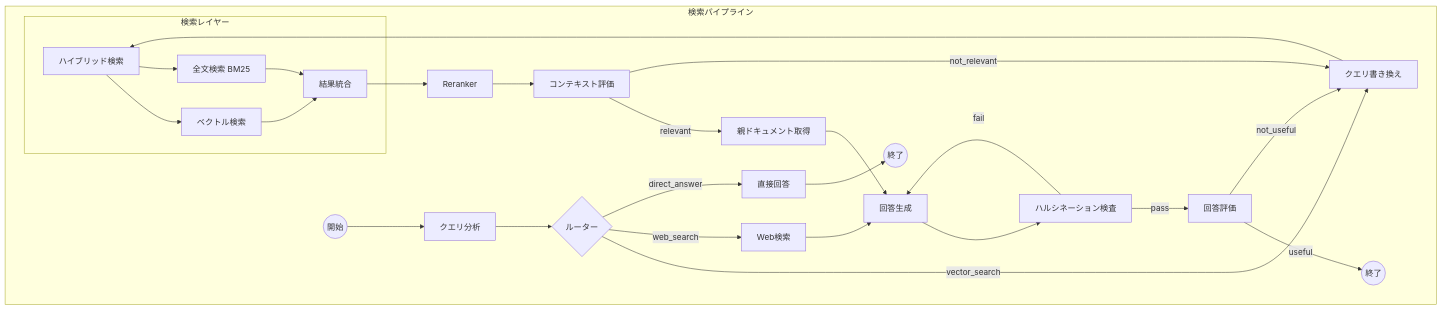
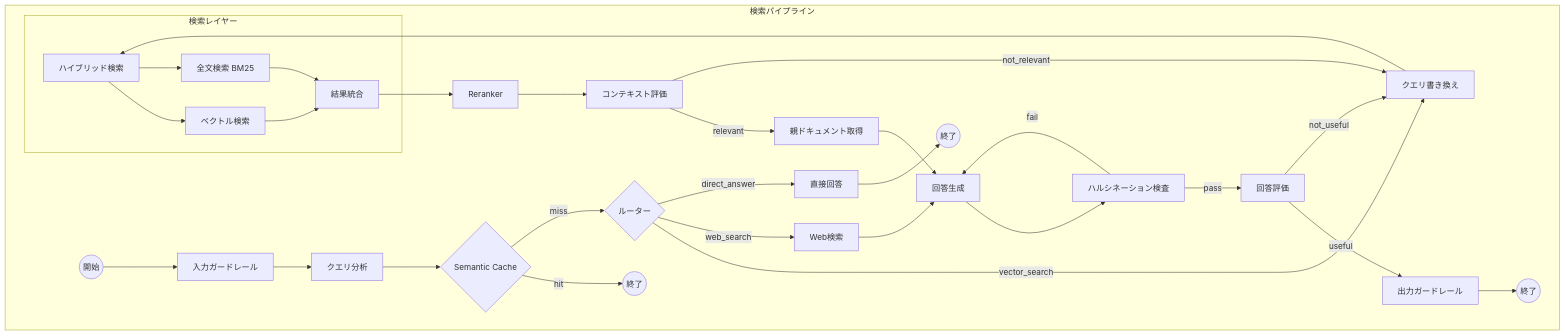
The diagram in docs/architecture/query-pipeline.md (RyoMa99/arch-rag), drawn with Mermaid before and after one commit.

Commit message:
Fix: MermaidにSemantic Cacheとガードレールを追加
- 入力ガードレール: パイプライン開始直後に配置
- Semantic Cache: クエリ分析後、ルーター前に配置（hit時は即終了）
- 出力ガードレール: 回答評価後、終了前に配置

````diff
--- a/docs/architecture/query-pipeline.md
+++ b/docs/architecture/query-pipeline.md
@@ -5,38 +5,44 @@
 ```mermaid
 graph TD
     subgraph QueryPipeline["検索パイプライン"]
-        START((開始)) --> QueryAnalyzer[クエリ分析]
-        QueryAnalyzer --> Router{ルーター}
+        START((開始)) --> InputGuardrail[入力ガードレール]
+        InputGuardrail --> QueryAnalyzer[クエリ分析]
+        QueryAnalyzer --> SemanticCache{Semantic Cache}
+
+        SemanticCache -->|hit| END0((終了))
+        SemanticCache -->|miss| Router{ルーター}
 
         Router -->|vector_search| QueryRewriter[クエリ書き換え]
         Router -->|web_search| WebSearchNode[Web検索]
         Router -->|direct_answer| DirectLLM[直接回答]
 
         QueryRewriter --> HybridRetriever[ハイブリッド検索]
 
         subgraph RetrievalLayer["検索レイヤー"]
             HybridRetriever --> VectorSearch[ベクトル検索]
             HybridRetriever --> BM25Search[全文検索 BM25]
             VectorSearch --> ResultMerger[結果統合]
             BM25Search --> ResultMerger
         end
 
         ResultMerger --> Reranker[Reranker]
         Reranker --> ContextGrader[コンテキスト評価]
 
         ContextGrader -->|relevant| ParentDocRetriever[親ドキュメント取得]
         ContextGrader -->|not_relevant| QueryRewriter
 
         ParentDocRetriever --> Generator[回答生成]
         WebSearchNode --> Generator
         DirectLLM --> END1((終了))
 
         Generator --> HallucinationChecker[ハルシネーション検査]
 
         HallucinationChecker -->|pass| AnswerGrader[回答評価]
         HallucinationChecker -->|fail| Generator
 
-        AnswerGrader -->|useful| END2((終了))
+        AnswerGrader -->|useful| OutputGuardrail[出力ガードレール]
         AnswerGrader -->|not_useful| QueryRewriter
+
+        OutputGuardrail --> END2((終了))
     end
 ```
````
